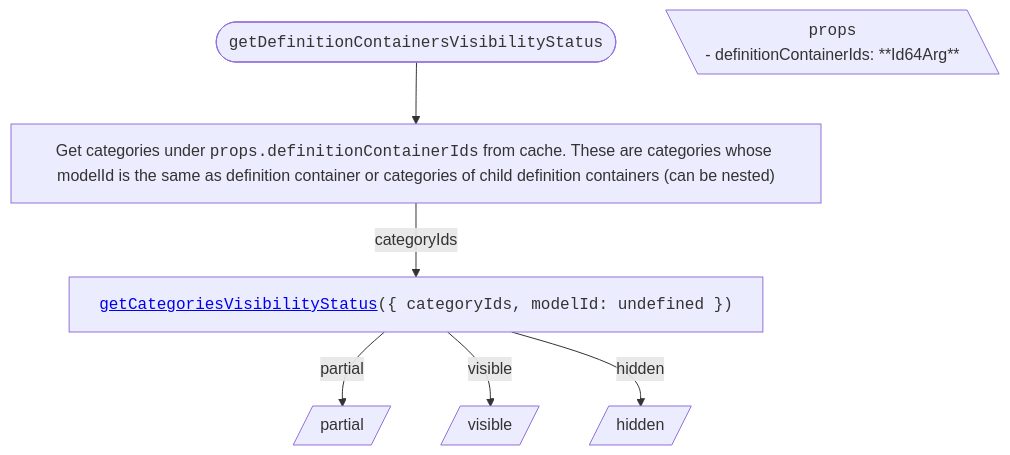
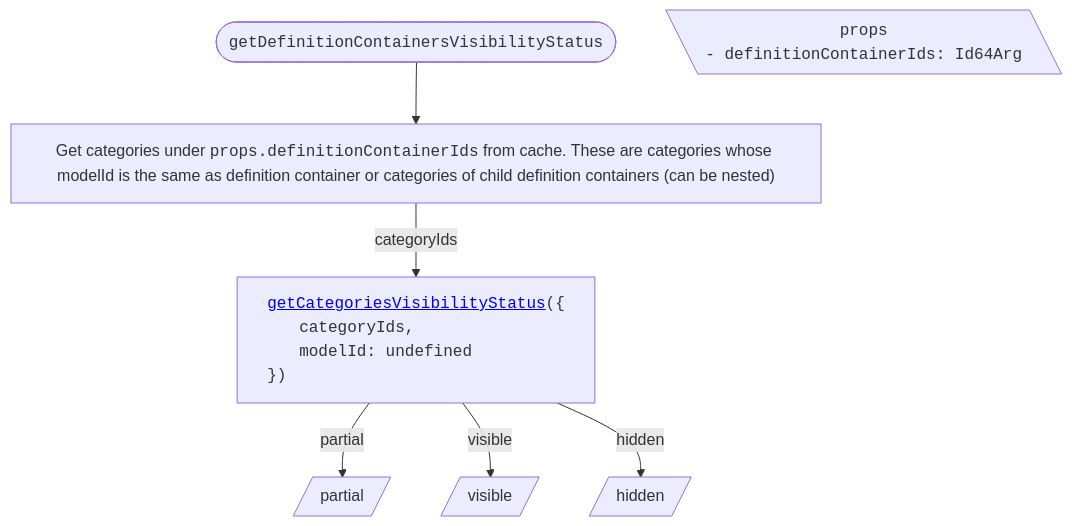
Before and after one commit to iTwin/viewer-components-react: the first of 4 diagrams in packages/itwin/tree-widget/docs/CategoriesTreeVisibilityHandling.md, drawn with Mermaid. The commit also changed other lines of this file and 7 other files, not shown here.

First line of the commit message:
[Tree widget]: add change visibility mermaid diagrams on `next` (#1674)

````diff
--- a/packages/itwin/tree-widget/docs/CategoriesTreeVisibilityHandling.md
+++ b/packages/itwin/tree-widget/docs/CategoriesTreeVisibilityHandling.md
@@ -21,28 +28,32 @@
 ```mermaid
 ---
 config:
   flowchart:
     wrappingWidth: 750
     useMaxWidth: false
 ---
 
 flowchart TD
   RESULT_Partial[/partial/]
   RESULT_Visible[/visible/]
   RESULT_Hidden[/hidden/]
 
   %% Start
-  TITLE(["<code>getDefinitionContainersVisibilityStatus</code>"]) --> A["Get categories under <code>props.definitionContainerIds</code> from cache. These are categories whose modelId is the same as definition container or categories of child definition containers (can be nested)"]
+  TITLE(["<span style='font-family: monospace;'>getDefinitionContainersVisibilityStatus</span>"]) --> A["Get categories under <span style='font-family: monospace;'>props.definitionContainerIds</span> from cache. These are categories whose modelId is the same as definition container or categories of child definition containers (can be nested)"]
 
   PROPS[\"
-    <code>props</code>
-    <div style='text-align: left;'>- definitionContainerIds: **Id64Arg**</div>
+    <span style='font-family: monospace;'>props</span>
+    <span style='display: block; text-align: left; font-family: monospace;'>- definitionContainerIds: Id64Arg</span>
   "\]
 
-  A -- categoryIds --> B["<code><a href='./SharedVisibilityHandling.md#getcategoriesvisibilitystatus'>getCategoriesVisibilityStatus</a>({ categoryIds, modelId: undefined })</code>"]
+
+  A -- categoryIds --> B["<div style='text-align: left; font-family: monospace;'><a href='./SharedVisibilityHandling.md#getcategoriesvisibilitystatus'>getCategoriesVisibilityStatus</a>({
+    <span style='padding-left: 2rem;'>categoryIds,</span>
+    <span style='padding-left: 2rem;'>modelId: undefined</span>
+    })</div>"]
 
   %% Results
   B -- partial --> RESULT_Partial
   B -- visible --> RESULT_Visible
   B -- hidden --> RESULT_Hidden
 ```
````
